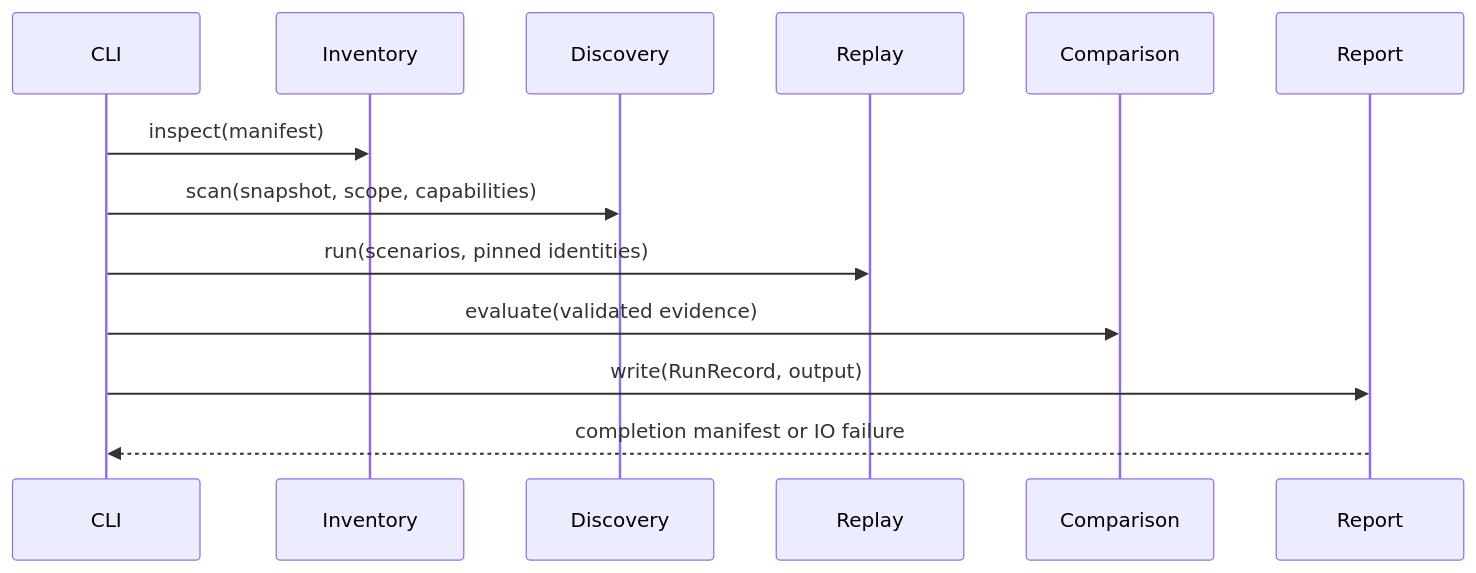
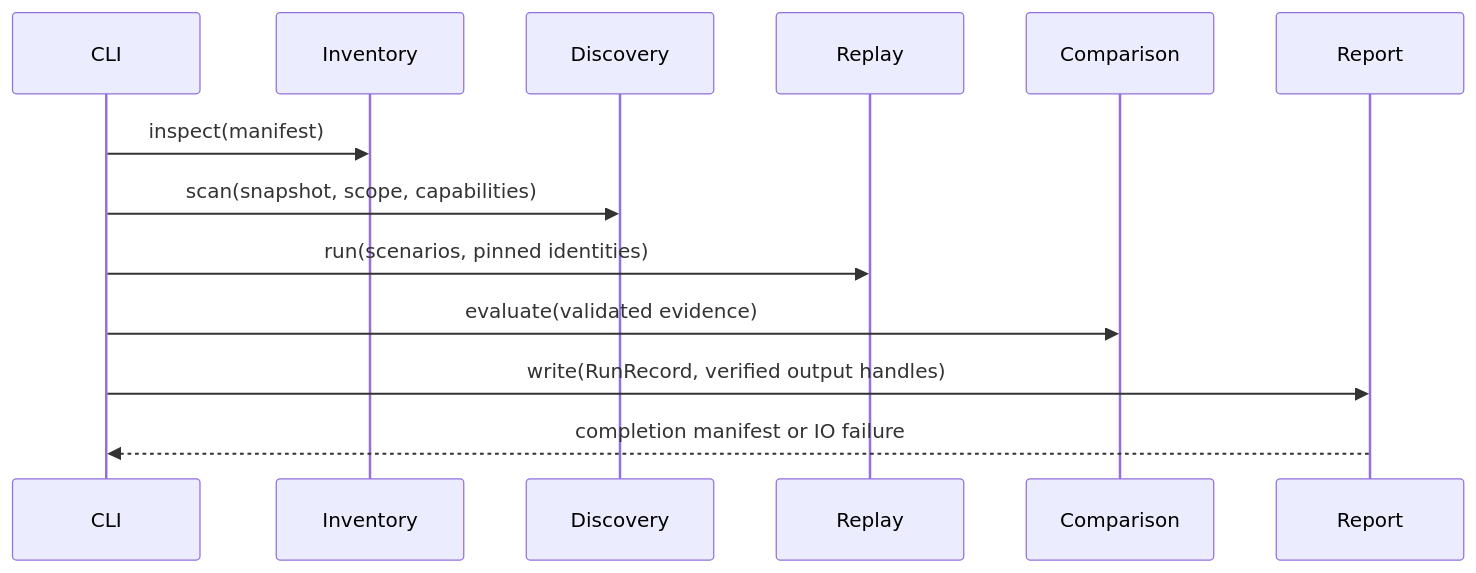
Before and after one commit to Himanshu-singh04/shiftproof: the third of 3 diagrams in docs/specs/001-mvp/solution-design.md, drawn with Mermaid. The commit also changed other lines of this file and 6 other files, not shown here.

````diff
--- a/docs/specs/001-mvp/solution-design.md
+++ b/docs/specs/001-mvp/solution-design.md
@@ -306,15 +318,15 @@
 ```mermaid
 sequenceDiagram
     participant CLI
     participant Inventory
     participant Discovery
     participant Replay
     participant Comparison
     participant Report
     CLI->>Inventory: inspect(manifest)
     CLI->>Discovery: scan(snapshot, scope, capabilities)
     CLI->>Replay: run(scenarios, pinned identities)
     CLI->>Comparison: evaluate(validated evidence)
-    CLI->>Report: write(RunRecord, output)
+    CLI->>Report: write(RunRecord, verified output handles)
     Report-->>CLI: completion manifest or IO failure
 ```
````
